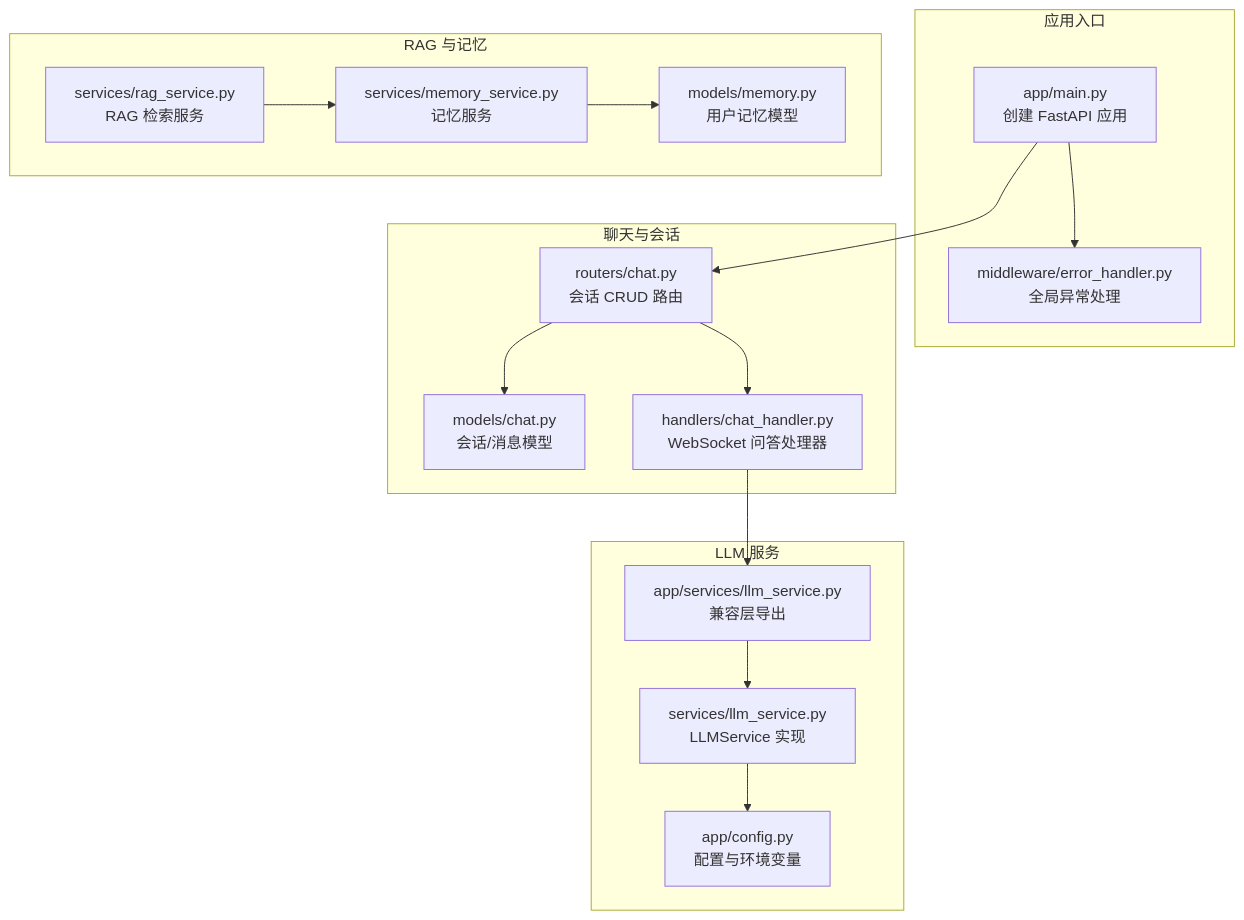
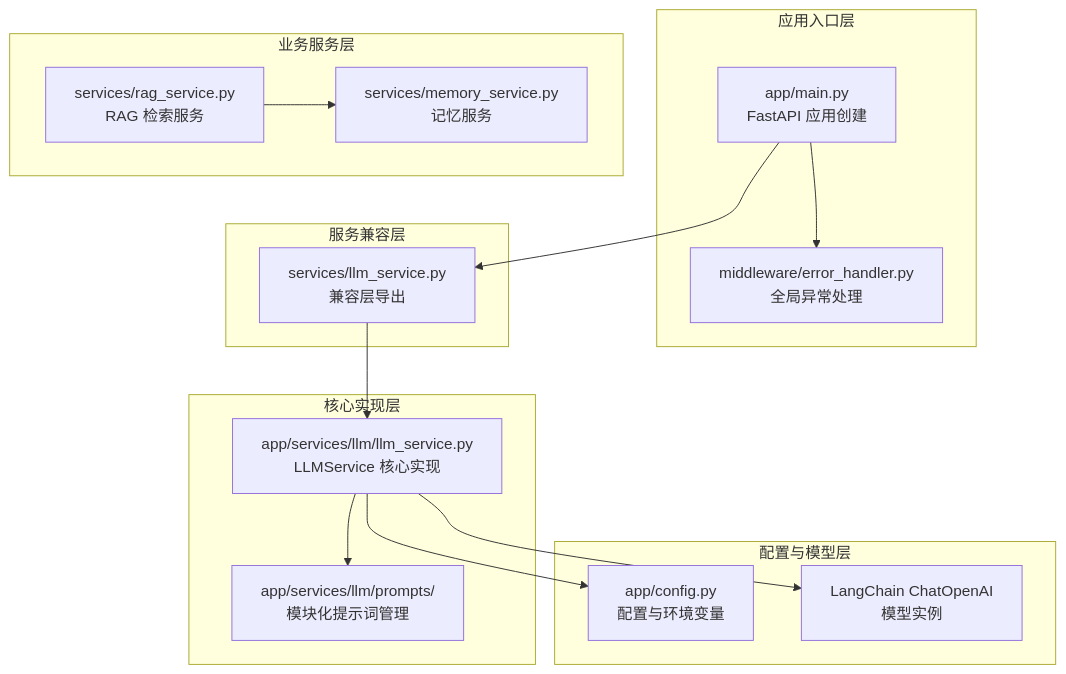
Before and after one commit to laohanhahaha/PaperChat: the first of 8 diagrams in .qoder/repowiki/zh/content/后端系统/业务服务层/LLM 服务.md, drawn with Mermaid. The commit also changed other lines of this file and 8 other files, not shown here.

````diff
--- a/.qoder/repowiki/zh/content/后端系统/业务服务层/LLM 服务.md
+++ b/.qoder/repowiki/zh/content/后端系统/业务服务层/LLM 服务.md
@@ -36,31 +54,29 @@
 ```mermaid
 graph TB
-subgraph "应用入口"
-MAIN["app/main.py<br/>创建 FastAPI 应用"]
+subgraph "应用入口层"
+MAIN["app/main.py<br/>FastAPI 应用创建"]
 ERR["middleware/error_handler.py<br/>全局异常处理"]
 end
-subgraph "聊天与会话"
-ROUTER["routers/chat.py<br/>会话 CRUD 路由"]
-MODEL_CHAT["models/chat.py<br/>会话/消息模型"]
-HANDLER["handlers/chat_handler.py<br/>WebSocket 问答处理器"]
+subgraph "服务兼容层"
+COMPAT["services/llm_service.py<br/>兼容层导出"]
 end
-subgraph "LLM 服务"
-LLM_APP["app/services/llm_service.py<br/>兼容层导出"]
-LLM_SERV["services/llm_service.py<br/>LLMService 实现"]
-CFG["app/config.py<br/>配置与环境变量"]
+subgraph "核心实现层"
+LLM_CORE["app/services/llm/llm_service.py<br/>LLMService 核心实现"]
+PROMPTS["app/services/llm/prompts/<br/>模块化提示词管理"]
 end
-subgraph "RAG 与记忆"
+subgraph "配置与模型层"
+CONFIG["app/config.py<br/>配置与环境变量"]
+MODEL["LangChain ChatOpenAI<br/>模型实例"]
+end
+subgraph "业务服务层"
 RAG["services/rag_service.py<br/>RAG 检索服务"]
-MEM_MODEL["models/memory.py<br/>用户记忆模型"]
-MEM_SERV["services/memory_service.py<br/>记忆服务"]
+MEMORY["services/memory_service.py<br/>记忆服务"]
 end
-MAIN --> ROUTER
+MAIN --> COMPAT
+COMPAT --> LLM_CORE
+LLM_CORE --> PROMPTS
+LLM_CORE --> CONFIG
+LLM_CORE --> MODEL
 MAIN --> ERR
-ROUTER --> HANDLER
-HANDLER --> LLM_APP
-LLM_APP --> LLM_SERV
-LLM_SERV --> CFG
-ROUTER --> MODEL_CHAT
-RAG --> MEM_SERV
-MEM_SERV --> MEM_MODEL
+RAG --> MEMORY
 ```
````
